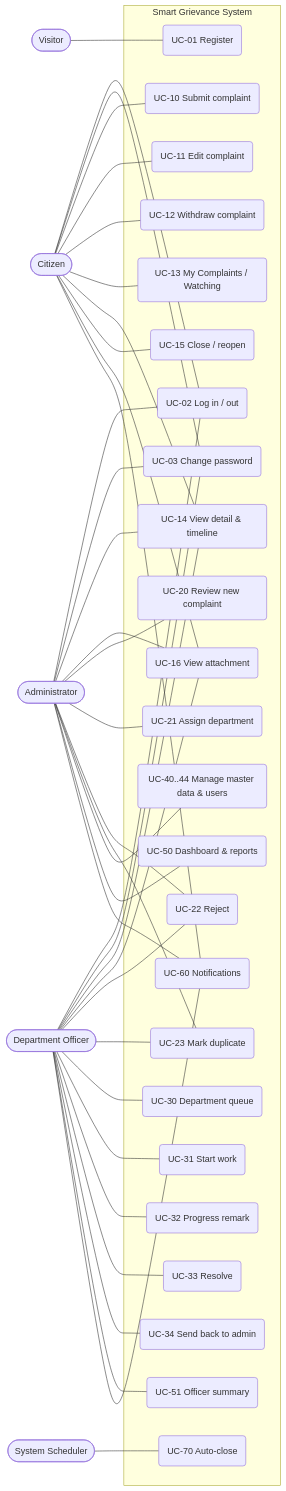
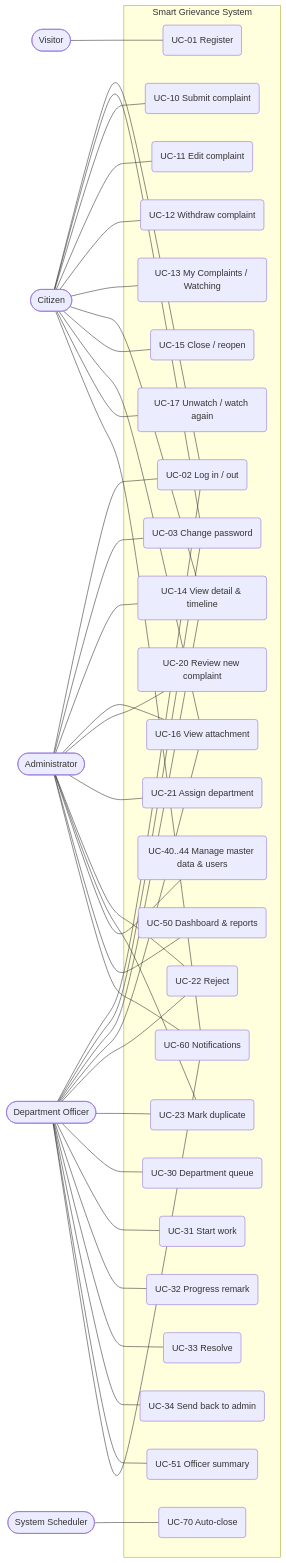
Before and after one commit to Mahesh38/arya_project: the diagram in docs/specs/04-use-cases.md, drawn with Mermaid. The commit also changed other lines of this file and 4 other files, not shown here.

````diff
--- a/docs/specs/04-use-cases.md
+++ b/docs/specs/04-use-cases.md
@@ -54,41 +55,42 @@
 ```mermaid
 flowchart LR
     V([Visitor])
     C([Citizen])
     O([Department Officer])
     A([Administrator])
     S([System Scheduler])
 
     subgraph SYS[Smart Grievance System]
         UC01(UC-01 Register)
         UC02(UC-02 Log in / out)
         UC03(UC-03 Change password)
         UC10(UC-10 Submit complaint)
         UC11(UC-11 Edit complaint)
         UC12(UC-12 Withdraw complaint)
         UC13(UC-13 My Complaints / Watching)
         UC14(UC-14 View detail & timeline)
         UC15(UC-15 Close / reopen)
         UC16(UC-16 View attachment)
+        UC17(UC-17 Unwatch / watch again)
         UC20(UC-20 Review new complaint)
         UC21(UC-21 Assign department)
         UC22(UC-22 Reject)
         UC23(UC-23 Mark duplicate)
         UC30(UC-30 Department queue)
         UC31(UC-31 Start work)
         UC32(UC-32 Progress remark)
         UC33(UC-33 Resolve)
         UC34(UC-34 Send back to admin)
         UC4X(UC-40..44 Manage master data & users)
         UC50(UC-50 Dashboard & reports)
         UC51(UC-51 Officer summary)
         UC60(UC-60 Notifications)
         UC70(UC-70 Auto-close)
     end
 
     V --- UC01
-    C --- UC02 & UC03 & UC10 & UC11 & UC12 & UC13 & UC14 & UC15 & UC16 & UC60
+    C --- UC02 & UC03 & UC10 & UC11 & UC12 & UC13 & UC14 & UC15 & UC16 & UC17 & UC60
     O --- UC02 & UC03 & UC14 & UC16 & UC22 & UC23 & UC30 & UC31 & UC32 & UC33 & UC34 & UC51 & UC60
     A --- UC02 & UC03 & UC14 & UC16 & UC20 & UC21 & UC22 & UC23 & UC4X & UC50 & UC60
     S --- UC70
 ```
````
